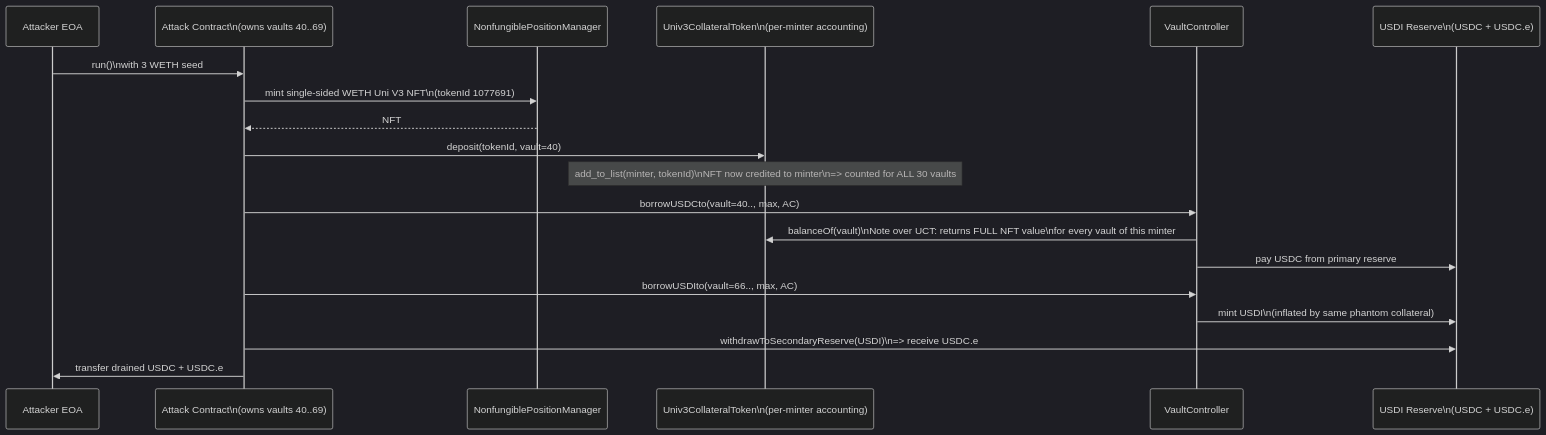
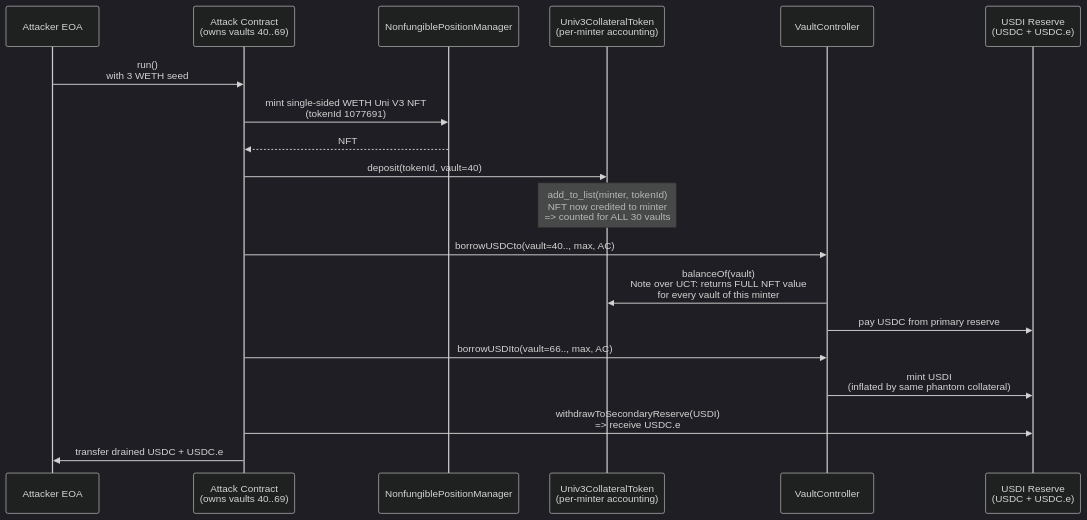
Before and after one commit to sanbir/evm-hack-registry: the first of 2 diagrams in 2026-03-Univ3CollateralToken_exp/Univ3CollateralToken_exp.md, drawn with Mermaid (dark theme). The commit also changed other lines of this file and 280 other files, not shown here.

Commit message:
mermaid fixes

````diff
--- a/2026-03-Univ3CollateralToken_exp/Univ3CollateralToken_exp.md
+++ b/2026-03-Univ3CollateralToken_exp/Univ3CollateralToken_exp.md
@@ -145,22 +145,22 @@
 ```mermaid
 sequenceDiagram
     participant Attacker as Attacker EOA
-    participant AC as Attack Contract\n(owns vaults 40..69)
+    participant AC as Attack Contract<br/>(owns vaults 40..69)
     participant NPM as NonfungiblePositionManager
-    participant UCT as Univ3CollateralToken\n(per-minter accounting)
+    participant UCT as Univ3CollateralToken<br/>(per-minter accounting)
     participant VC as VaultController
-    participant USDI as USDI Reserve\n(USDC + USDC.e)
+    participant USDI as USDI Reserve<br/>(USDC + USDC.e)
 
-    Attacker->>AC: run()\nwith 3 WETH seed
-    AC->>NPM: mint single-sided WETH Uni V3 NFT\n(tokenId 1077691)
+    Attacker->>AC: run()<br/>with 3 WETH seed
+    AC->>NPM: mint single-sided WETH Uni V3 NFT<br/>(tokenId 1077691)
     NPM-->>AC: NFT
     AC->>UCT: deposit(tokenId, vault=40)
-    Note over UCT: add_to_list(minter, tokenId)\nNFT now credited to minter\n=> counted for ALL 30 vaults
+    Note over UCT: add_to_list(minter, tokenId)<br/>NFT now credited to minter<br/>=> counted for ALL 30 vaults
     AC->>VC: borrowUSDCto(vault=40.., max, AC)
-    VC->>UCT: balanceOf(vault)\nNote over UCT: returns FULL NFT value\nfor every vault of this minter
+    VC->>UCT: balanceOf(vault)<br/>Note over UCT: returns FULL NFT value<br/>for every vault of this minter
     VC->>USDI: pay USDC from primary reserve
     AC->>VC: borrowUSDIto(vault=66.., max, AC)
-    VC->>USDI: mint USDI\n(inflated by same phantom collateral)
-    AC->>USDI: withdrawToSecondaryReserve(USDI)\n=> receive USDC.e
+    VC->>USDI: mint USDI<br/>(inflated by same phantom collateral)
+    AC->>USDI: withdrawToSecondaryReserve(USDI)<br/>=> receive USDC.e
     AC->>Attacker: transfer drained USDC + USDC.e
 ```
````
